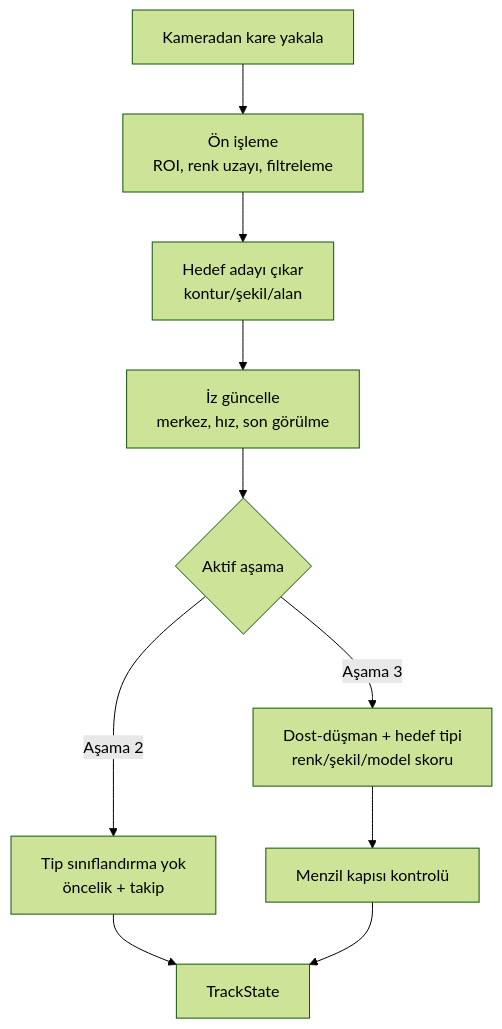
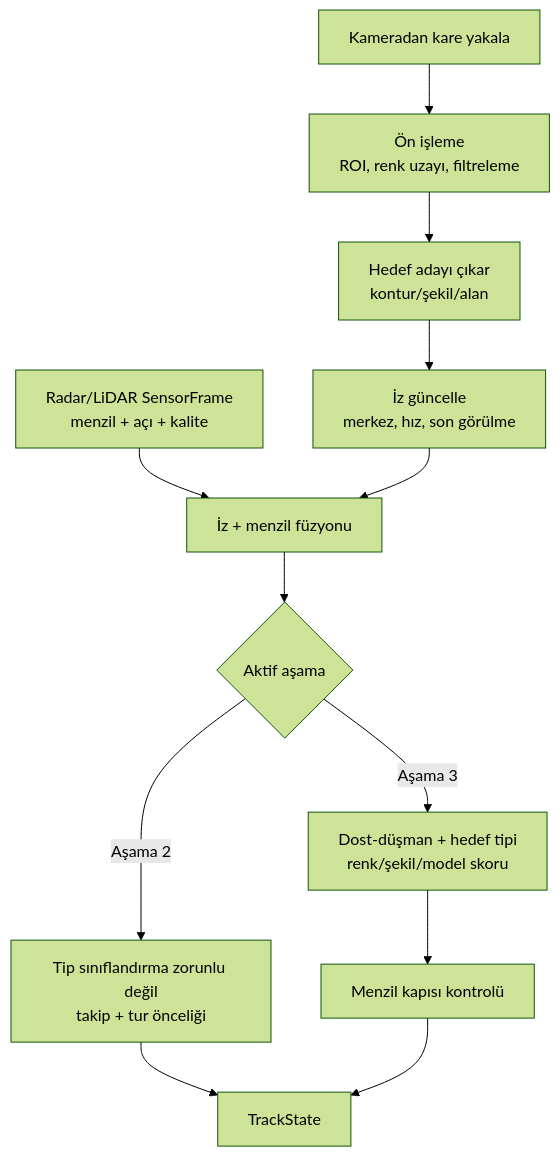
One commit to AlperKartkaya/gokkalkan changed the second of 11 diagrams in reports/diyagramlar/mermaid_kodu/ktr_mermaid_diagrams.md. Above: the diagram before and after it, drawn with Mermaid (forest theme). The commit also changed other lines of this file and 8 other files, not shown here.

Commit message:
docs: add operator panel interface roadmap and update tech stack documentation

````diff
--- a/reports/diyagramlar/mermaid_kodu/ktr_mermaid_diagrams.md
+++ b/reports/diyagramlar/mermaid_kodu/ktr_mermaid_diagrams.md
@@ -26,12 +30,14 @@
 ```mermaid
 flowchart TD
     Frame["Kameradan kare yakala"] --> Pre["Ön işleme\nROI, renk uzayı, filtreleme"]
     Pre --> Candidate["Hedef adayı çıkar\nkontur/şekil/alan"]
     Candidate --> Track["İz güncelle\nmerkez, hız, son görülme"]
-    Track --> Stage{"Aktif aşama"}
-    Stage -->|Aşama 2| NoClass["Tip sınıflandırma yok\nöncelik + takip"]
+    Sensor["Radar/LiDAR SensorFrame\nmenzil + açı + kalite"] --> Fuse["İz + menzil füzyonu"]
+    Track --> Fuse
+    Fuse --> Stage{"Aktif aşama"}
+    Stage -->|Aşama 2| NoClass["Tip sınıflandırma zorunlu değil\ntakip + tur önceliği"]
     Stage -->|Aşama 3| Class["Dost-düşman + hedef tipi\nrenk/şekil/model skoru"]
     NoClass --> Output["TrackState"]
     Class --> Range["Menzil kapısı kontrolü"]
     Range --> Output
 ```
````
